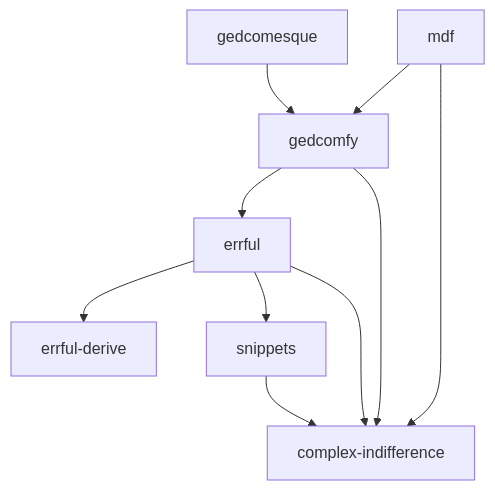
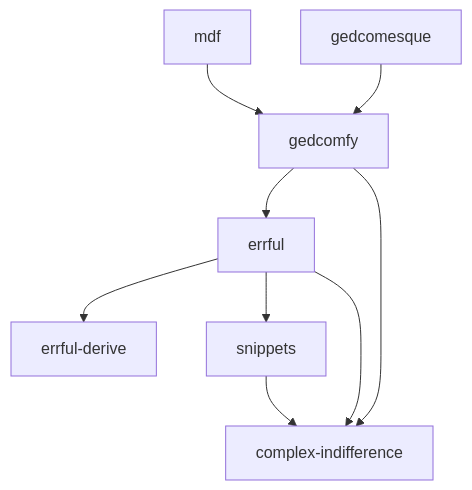
One commit to Porges/mdf changed the diagram in README.md. Above: the diagram before and after it, drawn with Mermaid. The commit also changed 1 other file, not shown here.

Commit message:
Remove dep

````diff
--- a/README.md
+++ b/README.md
@@ -15,12 +15,11 @@
 ```mermaid
 graph TD;
     mdf --> gedcomfy;
-    mdf --> complex-indifference;
     gedcomfy --> errful;
     gedcomfy --> complex-indifference;
     errful --> errful-derive;
     errful --> snippets;
     errful --> complex-indifference;
     snippets --> complex-indifference;
     gedcomesque --> gedcomfy;
 ```
````
